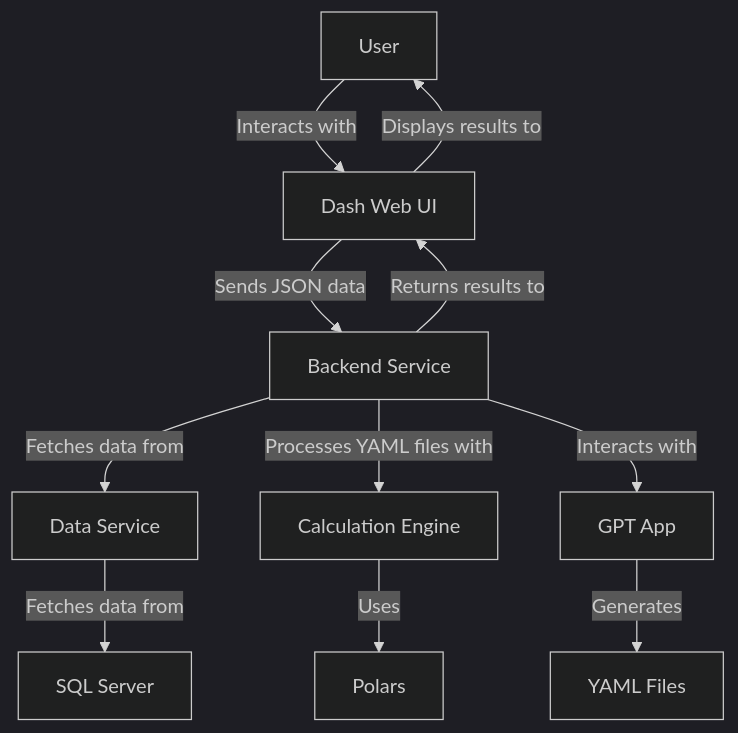
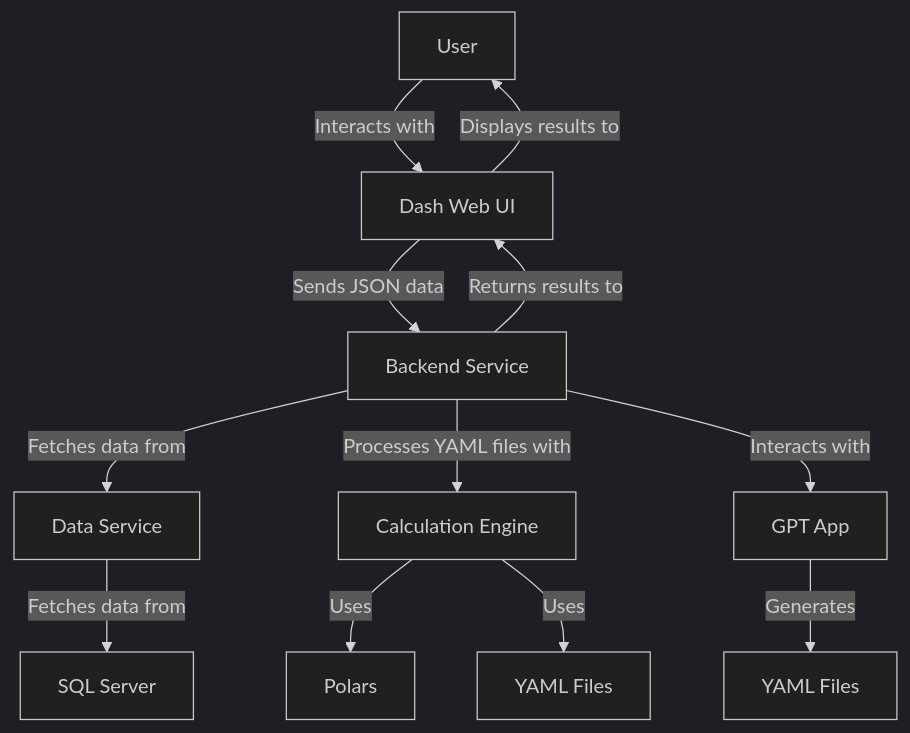
Before and after one commit to maxicusj/polarparrot: the diagram in README.md, drawn with Mermaid (dark theme).

````diff
--- a/README.md
+++ b/README.md
@@ -31,13 +31,14 @@
 ```mermaid
 graph TD
     A[User] -->|Interacts with| B[Dash Web UI]
     B -->|Sends JSON data| C[Backend Service]
     C -->|Fetches data from| G[Data Service]
     G -->|Fetches data from| D[SQL Server]
     C -->|Processes YAML files with| E[Calculation Engine]
     E -->|Uses| F[Polars]
+    E -->|Uses| J[YAML Files]
     C -->|Interacts with| H[GPT App]
     H -->|Generates| I[YAML Files]
     C -->|Returns results to| B
     B -->|Displays results to| A
 ```
````
